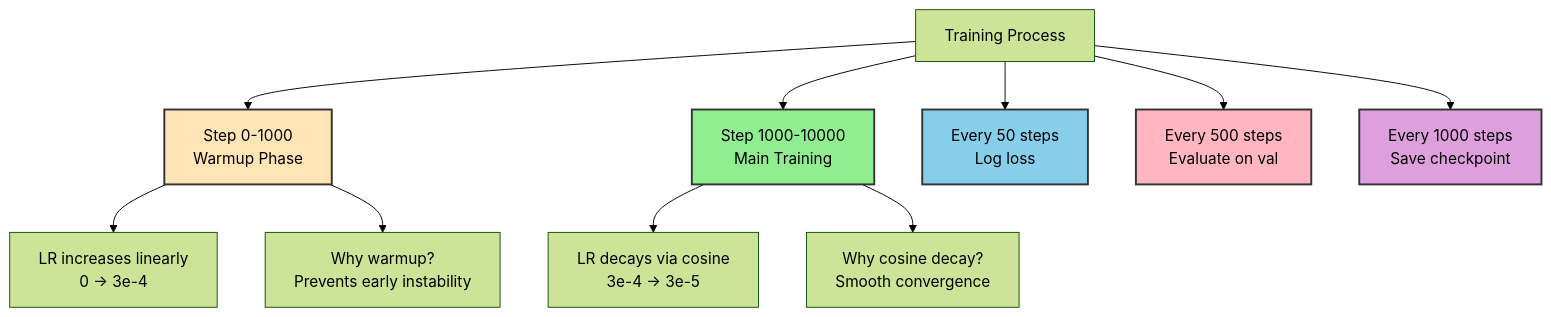
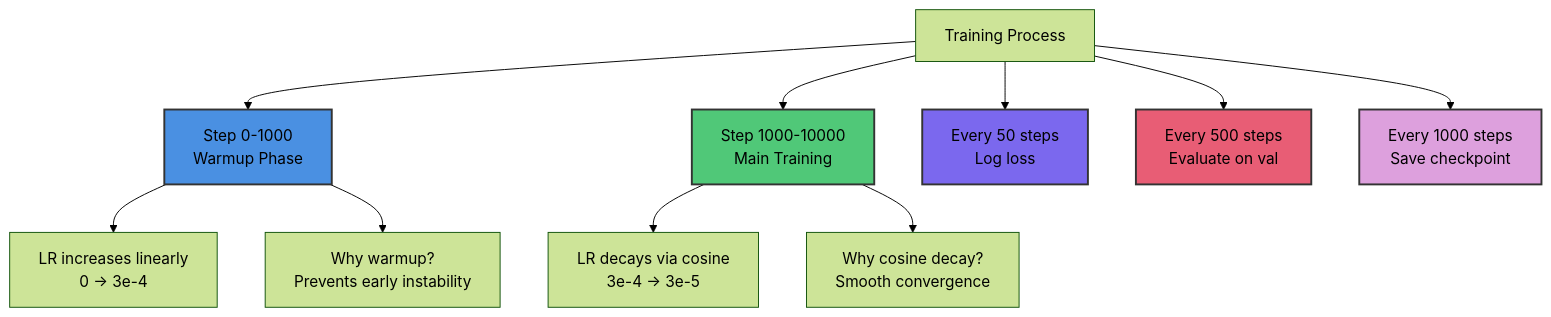
Before and after one commit to tenstorrent/tt-vscode-toolkit: the fifth of 10 diagrams in content/lessons/ct8-training-from-scratch.md, drawn with Mermaid (forest theme). The commit also changed other lines of this file and 9 other files, not shown here.

````diff
--- a/content/lessons/ct8-training-from-scratch.md
+++ b/content/lessons/ct8-training-from-scratch.md
@@ -407,21 +407,21 @@
 ```mermaid
 graph TD
     A[Training Process] --> B[Step 0-1000<br/>Warmup Phase]
     B --> C[LR increases linearly<br/>0 → 3e-4]
 
     A --> D[Step 1000-10000<br/>Main Training]
     D --> E[LR decays via cosine<br/>3e-4 → 3e-5]
 
     A --> F[Every 50 steps<br/>Log loss]
     A --> G[Every 500 steps<br/>Evaluate on val]
     A --> H[Every 1000 steps<br/>Save checkpoint]
 
     B --> I[Why warmup?<br/>Prevents early instability]
     D --> J[Why cosine decay?<br/>Smooth convergence]
 
-    style B fill:#FFE4B5,stroke:#333,stroke-width:2px
-    style D fill:#90EE90,stroke:#333,stroke-width:2px
-    style F fill:#87CEEB,stroke:#333,stroke-width:2px
-    style G fill:#FFB6C1,stroke:#333,stroke-width:2px
+    style B fill:#4A90E2,stroke:#333,stroke-width:2px
+    style D fill:#50C878,stroke:#333,stroke-width:2px
+    style F fill:#7B68EE,stroke:#333,stroke-width:2px
+    style G fill:#E85D75,stroke:#333,stroke-width:2px
     style H fill:#DDA0DD,stroke:#333,stroke-width:2px
 ```
````
